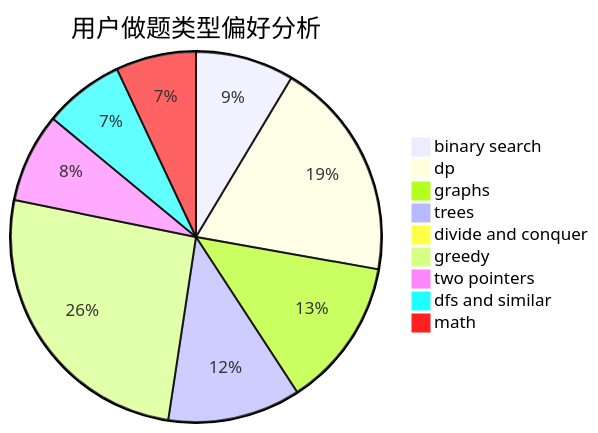
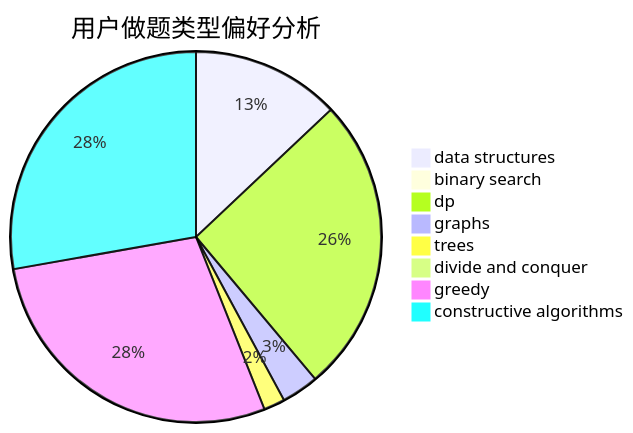
Before and after one commit to sherpahu/cfrs.github.io: the second of 3 diagrams in docs/user/u1669.md, drawn with Mermaid. The commit also changed other lines of this file and 2775 other files, not shown here.

````diff
--- a/docs/user/u1669.md
+++ b/docs/user/u1669.md
@@ -23,12 +23,11 @@
 ```mermaid
 pie title 用户做题类型偏好分析
-    "binary search" :  43
-    "dp" :  96
-    "graphs" :  65
-    "trees" :  58
+    "data structures" :  28
+    "binary search" :  2
+    "dp" :  56
+    "graphs" :  7
+    "trees" :  4
     "divide and conquer" :  0
-    "greedy" :  129
-    "two pointers" :  39
-    "dfs and similar" :  35
-    "math" :  35
+    "greedy" :  61
+    "constructive algorithms" :  60
 ```
````
